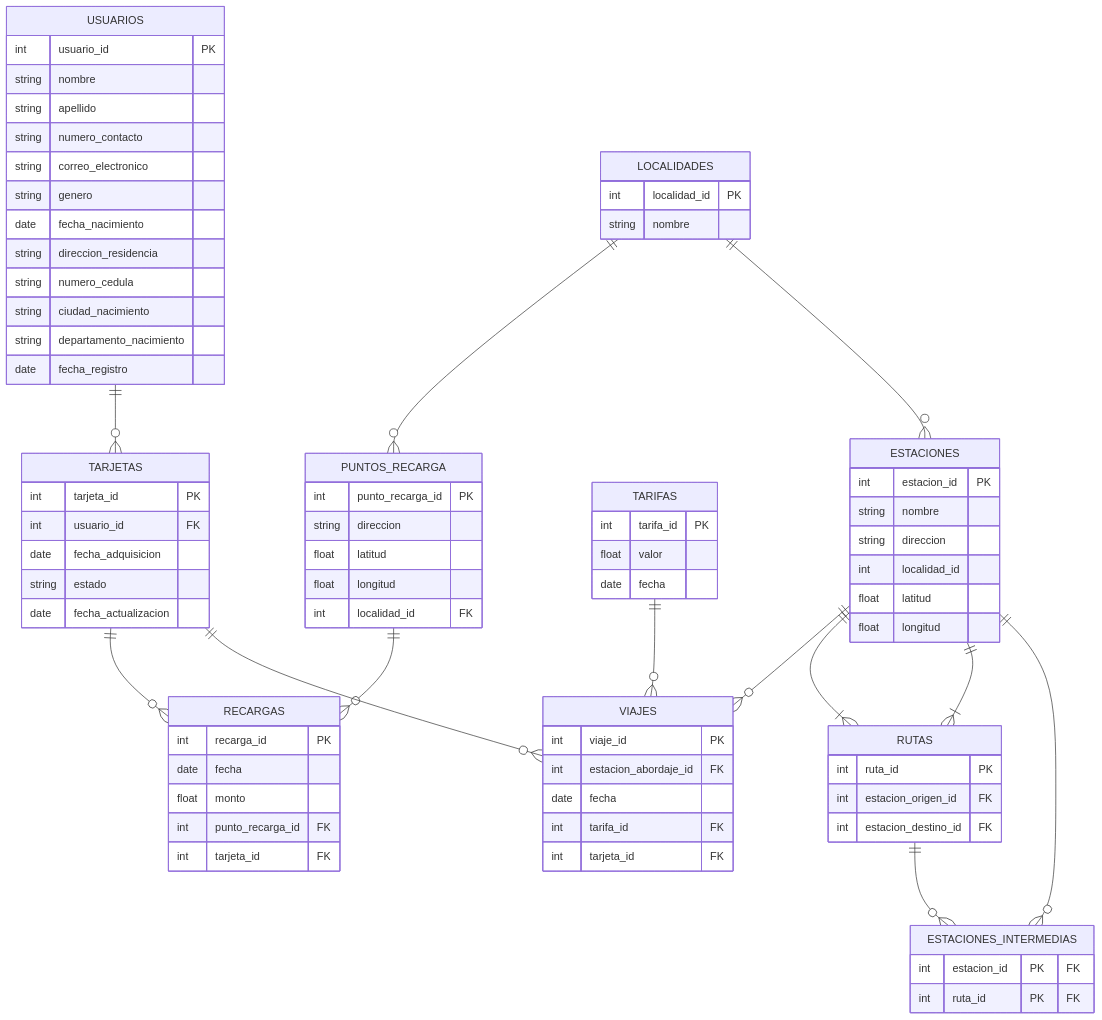
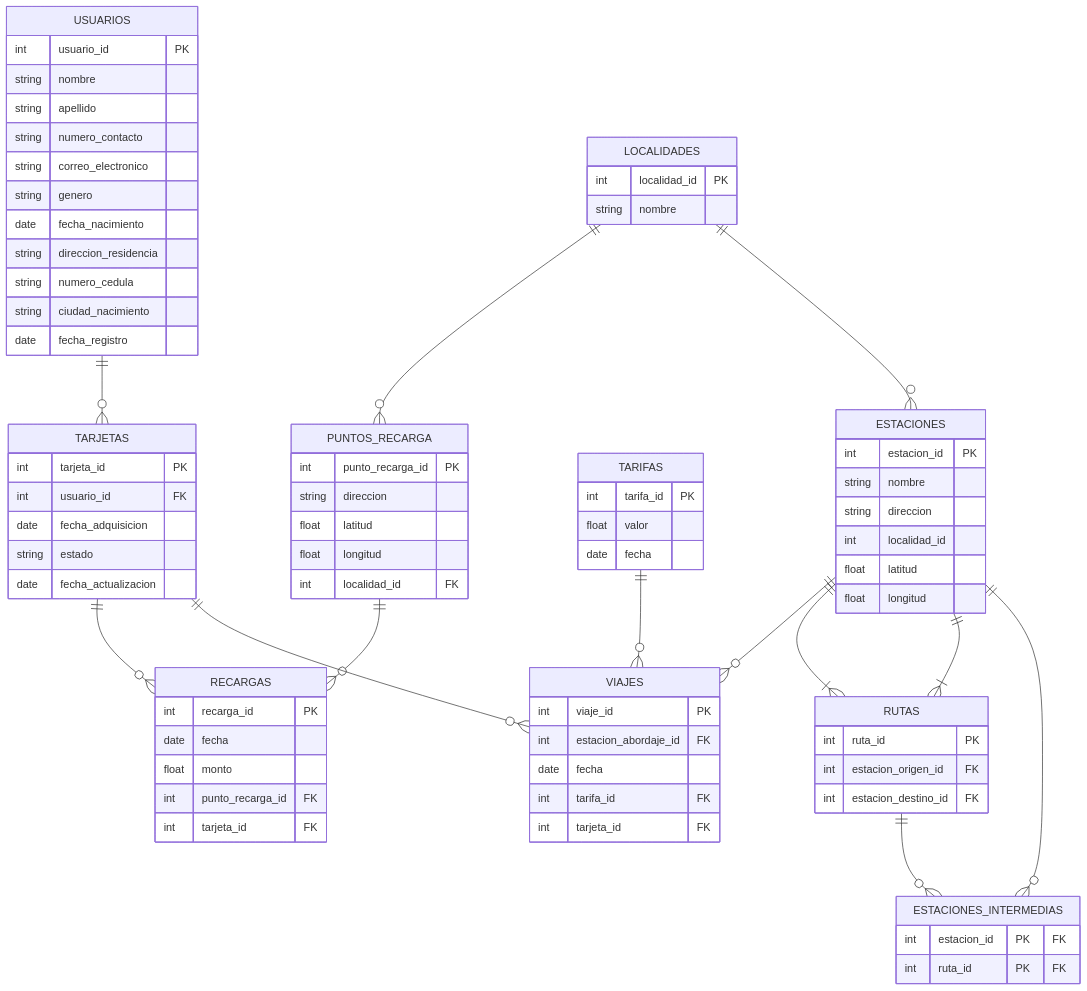
Before and after one commit to JuanMancera108/sistema-recargas-viajes-db_mancera: the diagram in README.md, drawn with Mermaid. The commit also changed 1 other file, not shown here.

Commit message:
docs: actualizar ortografia

```diff
--- a/README.md
+++ b/README.md
@@ -18,7 +18,6 @@
         string direccion_residencia
         string numero_cedula
         string ciudad_nacimiento
-        string departamento_nacimiento
         date fecha_registro
     }
 
```
